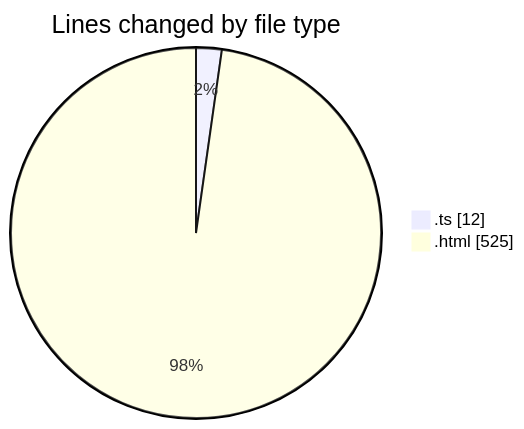
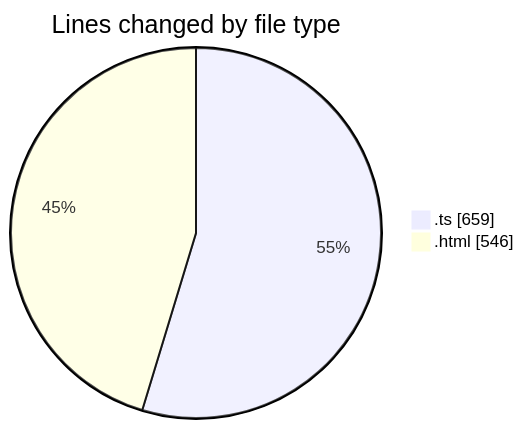
The first of 2 diagrams in 2025-12-29/budget_front_nest/README.md (igalym/code-tracking), drawn with Mermaid before and after one commit. The commit also changed other lines of this file and 1 other file, not shown here.

````diff
--- a/2025-12-29/budget_front_nest/README.md
+++ b/2025-12-29/budget_front_nest/README.md
@@ -21,6 +23,6 @@
 ```mermaid
 pie showData
 title Lines changed by file type
-".ts" : 12
-".html" : 525
+".ts" : 659
+".html" : 546
 ```
````
